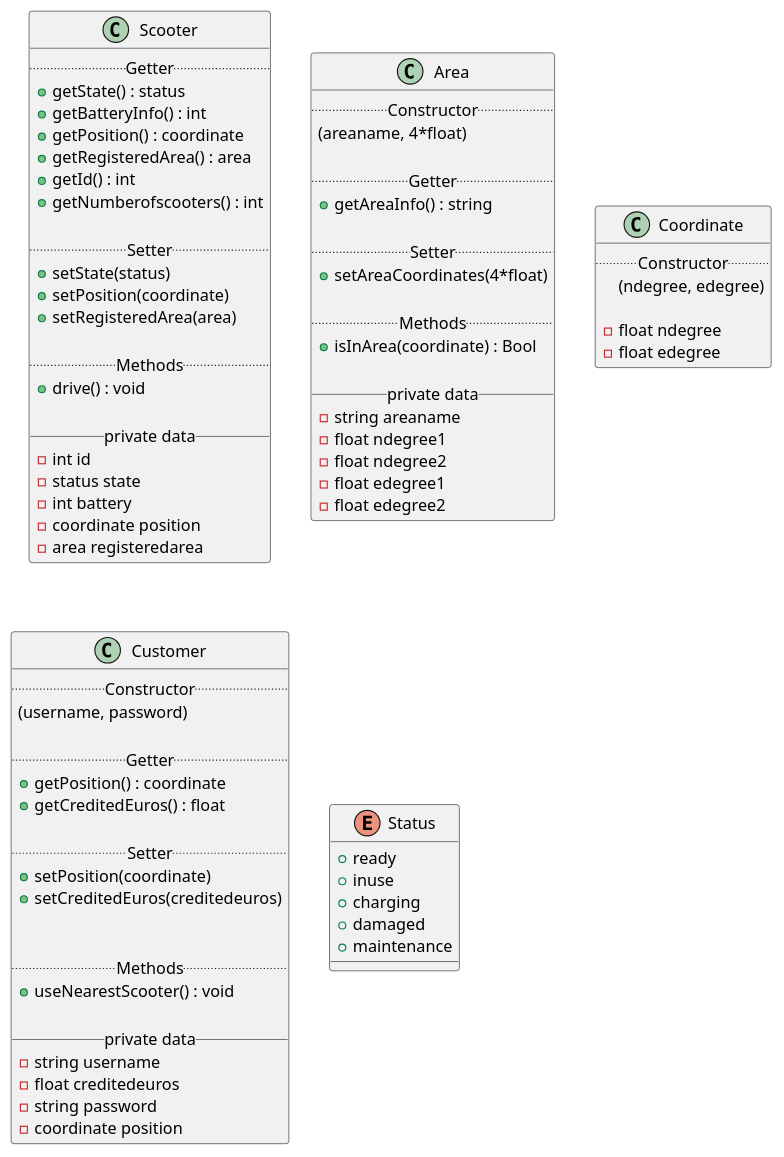
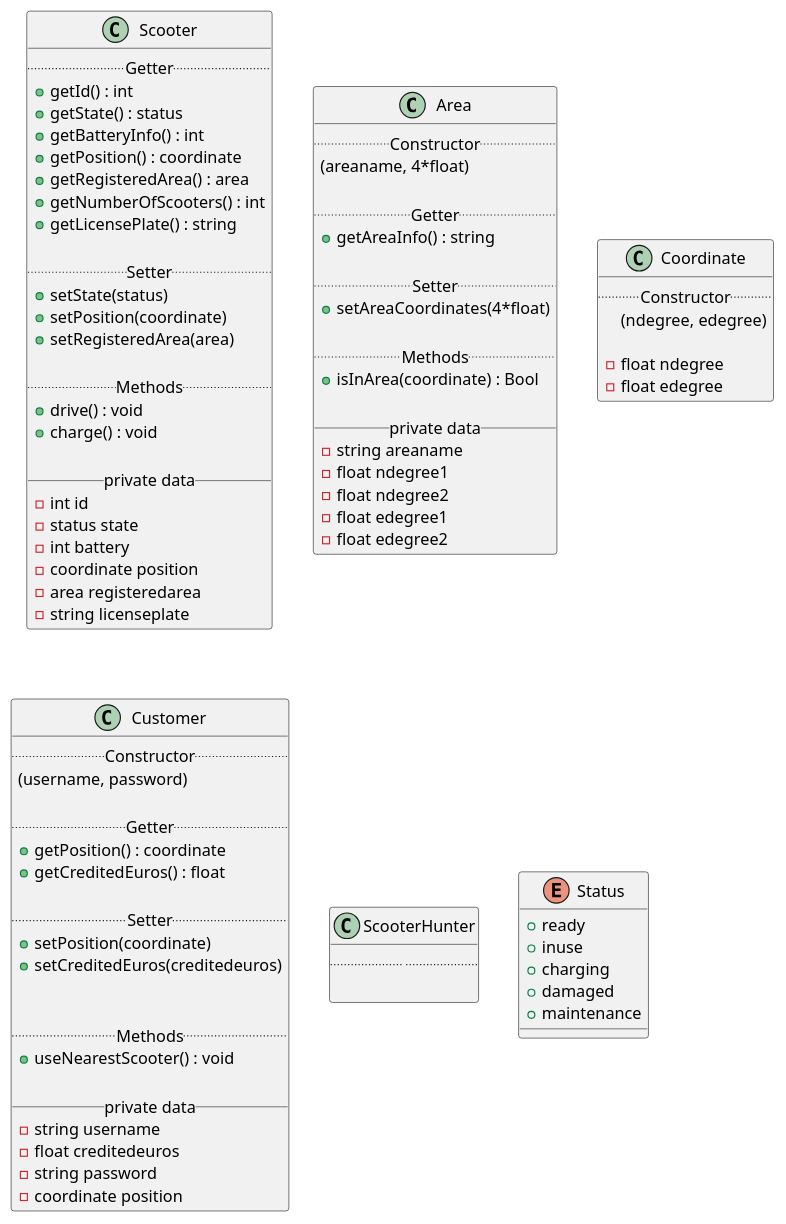
Before and after one commit to fh-erfurt/Scooter-MS: the diagram in umldiagram.iuml, drawn with PlantUML.

Commit message:
Updated UML

```diff
--- a/umldiagram.iuml
+++ b/umldiagram.iuml
@@ -1,105 +1,115 @@
 @startuml
 
 
 
 
 
 skinparam componentStyle uml2
 
 
 
 class Scooter {
     .. Getter ..
+  + getId() : int
   + getState() : status
   + getBatteryInfo() : int
   + getPosition() : coordinate
   + getRegisteredArea() : area
-  + getId() : int
-  + getNumberofscooters() : int
+  + getNumberOfScooters() : int
+  + getLicensePlate() : string
 
   .. Setter ..
   + setState(status)
   + setPosition(coordinate)
   + setRegisteredArea(area)
 
   .. Methods ..
   + drive() : void
+  + charge() : void
 
   __ private data __
   -int id
   -status state
   -int battery
   -coordinate position
   -area registeredarea
+  -string licenseplate
 }
 
 class Area {
   .. Constructor ..
   (areaname, 4*float)
 
   .. Getter ..
   + getAreaInfo() : string
 
   .. Setter ..
   + setAreaCoordinates(4*float)
 
   .. Methods ..
   + isInArea(coordinate) : Bool
 
   __ private data __
   -string areaname
   -float ndegree1
   -float ndegree2
   -float edegree1
   -float edegree2
 }
 
 
 
 class Coordinate {
   .. Constructor ..
   (ndegree, edegree)
 
   -float ndegree
   -float edegree
 }
 
 
 class Customer {
   .. Constructor ..
   (username, password)
 
   .. Getter ..
   + getPosition() : coordinate
   + getCreditedEuros() : float
 
   .. Setter ..
   + setPosition(coordinate)
   + setCreditedEuros(creditedeuros)
 
 
   .. Methods ..
   + useNearestScooter() : void
 
   __ private data __
   -string username
   -float creditedeuros
   -string password
   -coordinate position
 }
 
+class ScooterHunter {
+  ..  ..
+
+}
+
 
 
 enum Status {
   + ready
   + inuse
   + charging
   + damaged
   + maintenance
 }
 
 
 
 
 
+
+
 @enduml
```
